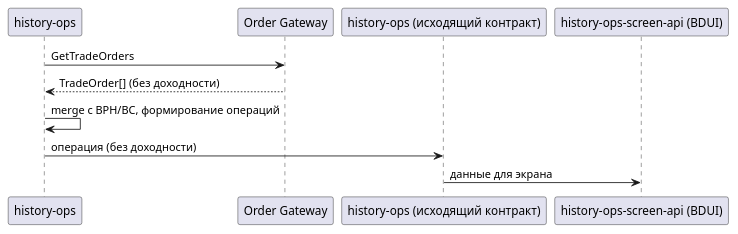
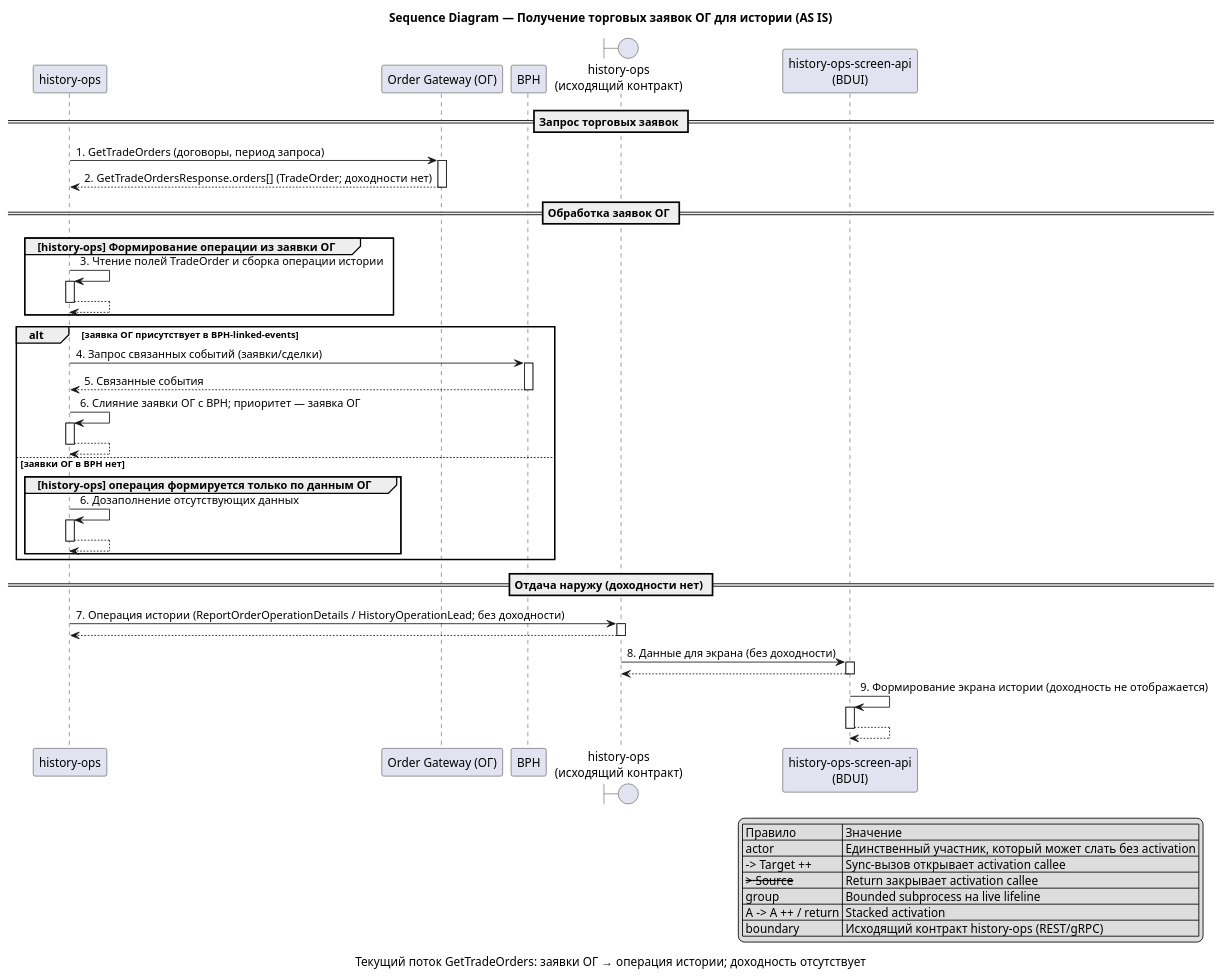
Before and after one commit to P4elo-hub/gigacode_analytics: the first of 3 diagrams in Feature-writing/og-trading-order-yield/og-trading-order-yield.md, drawn with PlantUML. The commit also changed other lines of this file and 23 other files, not shown here.

````diff
--- a/Feature-writing/og-trading-order-yield/og-trading-order-yield.md
+++ b/Feature-writing/og-trading-order-yield/og-trading-order-yield.md
@@ -144,13 +169,55 @@
 ```plantuml
 @startuml
+title Sequence Diagram — Получение торговых заявок ОГ для истории (AS IS)
+caption Текущий поток GetTradeOrders: заявки ОГ → операция истории; доходность отсутствует
+
 participant "history-ops" as HO
-participant "Order Gateway" as OG
-participant "history-ops (исходящий контракт)" as OUT
-participant "history-ops-screen-api (BDUI)" as SCR
-HO -> OG : GetTradeOrders
-OG --> HO : TradeOrder[] (без доходности)
-HO -> HO : merge с BPH/BC, формирование операций
-HO -> OUT : операция (без доходности)
-OUT -> SCR : данные для экрана
+participant "Order Gateway (ОГ)" as OG
+participant "BPH" as BPH
+boundary "history-ops\n(исходящий контракт)" as OUT
+participant "history-ops-screen-api\n(BDUI)" as SCR
+
+== Запрос торговых заявок ==
+
+HO -> OG ++: 1. GetTradeOrders (договоры, период запроса)
+OG --> HO --: 2. GetTradeOrdersResponse.orders[] (TradeOrder; доходности нет)
+
+== Обработка заявок ОГ ==
+
+group [history-ops] Формирование операции из заявки ОГ
+  HO -> HO ++: 3. Чтение полей TradeOrder и сборка операции истории
+  return
+end
+
+alt заявка ОГ присутствует в BPH-linked-events
+  HO -> BPH ++: 4. Запрос связанных событий (заявки/сделки)
+  BPH --> HO --: 5. Связанные события
+  HO -> HO ++: 6. Слияние заявки ОГ с BPH; приоритет — заявка ОГ
+  return
+else заявки ОГ в BPH нет
+  group [history-ops] операция формируется только по данным ОГ
+    HO -> HO ++: 6. Дозаполнение отсутствующих данных
+    return
+  end
+end
+
+== Отдача наружу (доходности нет) ==
+
+HO -> OUT ++: 7. Операция истории (ReportOrderOperationDetails / HistoryOperationLead; без доходности)
+OUT --> HO --: 
+OUT -> SCR ++: 8. Данные для экрана (без доходности)
+SCR --> OUT --: 
+SCR -> SCR ++: 9. Формирование экрана истории (доходность не отображается)
+return
+
+legend right
+  | Правило | Значение |
+  | actor | Единственный участник, который может слать без activation |
+  | -> Target ++ | Sync-вызов открывает activation callee |
+  | --> Source -- | Return закрывает activation callee |
+  | group | Bounded subprocess на live lifeline |
+  | A -> A ++ / return | Stacked activation |
+  | boundary | Исходящий контракт history-ops (REST/gRPC) |
+endlegend
 @enduml
 ```
````
